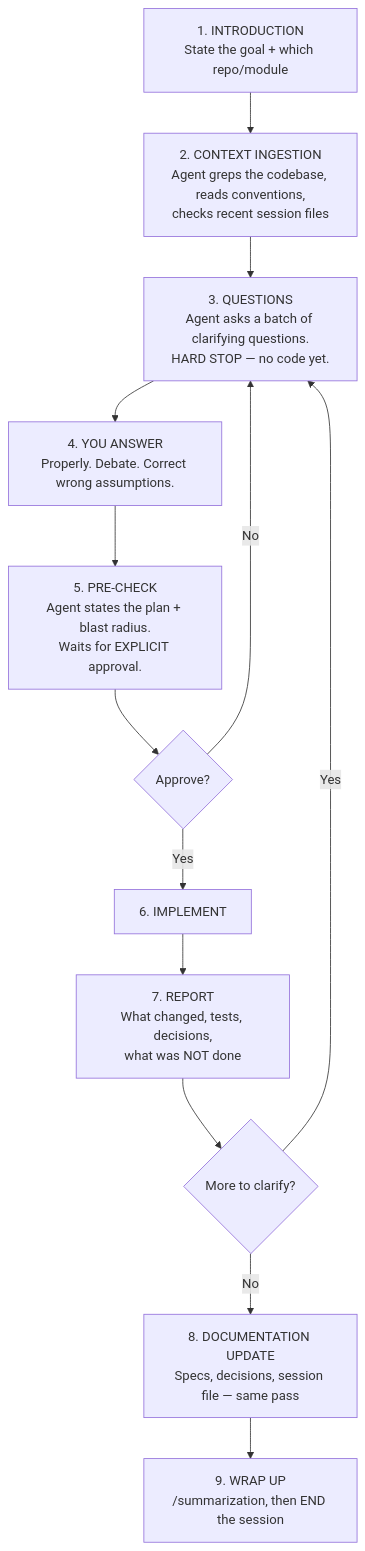
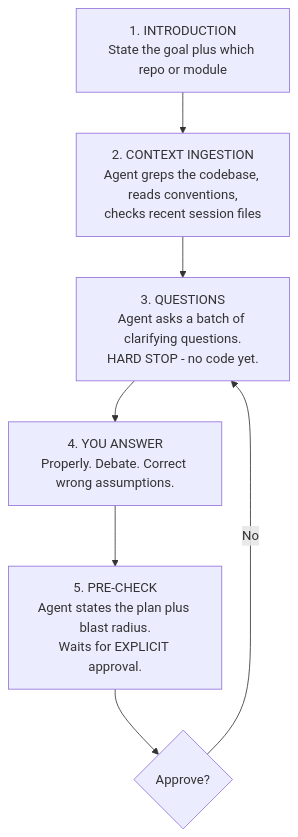
Before and after one commit to TrekLink-Team/treklink-docs: the first of 2 diagrams in _docs/01-conventions/11-ai-first-doctrine-and-toolchain.md, drawn with Mermaid. The commit also changed other lines of this file and 30 other files, not shown here.

First line of the commit message:
docs: adopt SEP490 model, swimlane main flows, computed figure placement

````diff
--- a/_docs/01-conventions/11-ai-first-doctrine-and-toolchain.md
+++ b/_docs/01-conventions/11-ai-first-doctrine-and-toolchain.md
@@ -236,15 +238,9 @@
 ```mermaid
 flowchart TD
-    A["1. INTRODUCTION<br/>State the goal + which repo/module"] --> B["2. CONTEXT INGESTION<br/>Agent greps the codebase, reads conventions,<br/>checks recent session files"]
-    B --> C["3. QUESTIONS<br/>Agent asks a batch of clarifying questions.<br/>HARD STOP — no code yet."]
+    A["1. INTRODUCTION<br/>State the goal plus which repo or module"] --> B["2. CONTEXT INGESTION<br/>Agent greps the codebase, reads conventions,<br/>checks recent session files"]
+    B --> C["3. QUESTIONS<br/>Agent asks a batch of clarifying questions.<br/>HARD STOP - no code yet."]
     C --> D["4. YOU ANSWER<br/>Properly. Debate. Correct wrong assumptions."]
-    D --> E["5. PRE-CHECK<br/>Agent states the plan + blast radius.<br/>Waits for EXPLICIT approval."]
+    D --> E["5. PRE-CHECK<br/>Agent states the plan plus blast radius.<br/>Waits for EXPLICIT approval."]
     E --> F{"Approve?"}
     F -->|No| C
-    F -->|Yes| G["6. IMPLEMENT"]
-    G --> H["7. REPORT<br/>What changed, tests, decisions,<br/>what was NOT done"]
-    H --> I{"More to clarify?"}
-    I -->|Yes| C
-    I -->|No| J["8. DOCUMENTATION UPDATE<br/>Specs, decisions, session file — same pass"]
-    J --> K["9. WRAP UP<br/>/summarization, then END the session"]
 ```
````
